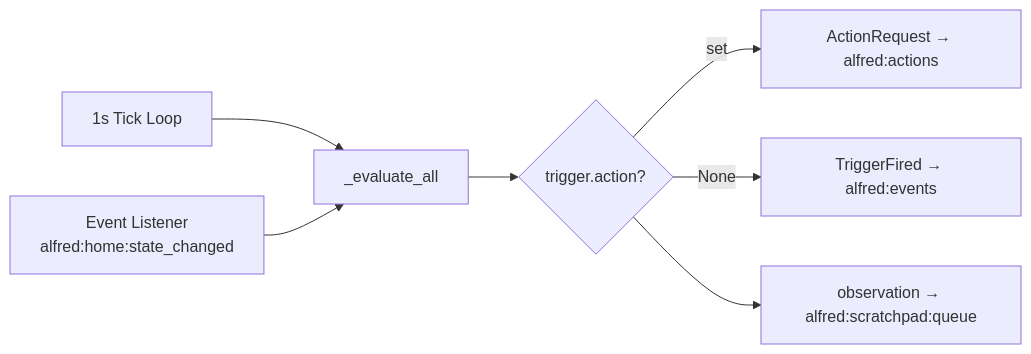
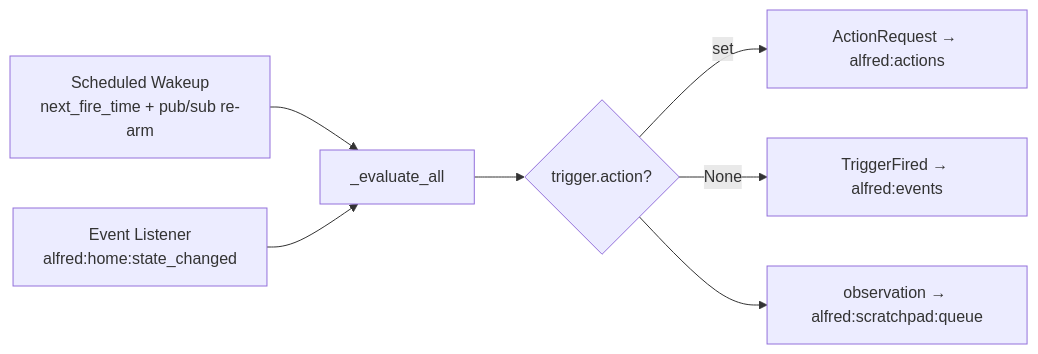
The first of 2 diagrams in core/CLAUDE.md (anirudhlath/alfred), drawn with Mermaid before and after one commit. The commit also changed other lines of this file and 3 other files, not shown here.

Commit message:
docs: scheduled-wakeup trigger engine + user timezone

````diff
--- a/core/CLAUDE.md
+++ b/core/CLAUDE.md
@@ -45,9 +45,9 @@
 ```mermaid
 graph LR
-    Tick[1s Tick Loop] --> Eval[_evaluate_all]
+    Sched[Scheduled Wakeup<br/>next_fire_time + pub/sub re-arm] --> Eval[_evaluate_all]
     Event[Event Listener<br/>alfred:home:state_changed] --> Eval
     Eval --> Fire{trigger.action?}
     Fire -->|set| AR[ActionRequest → alfred:actions]
     Fire -->|None| TF[TriggerFired → alfred:events]
     Fire --> Scratchpad[observation → alfred:scratchpad:queue]
 ```
````
